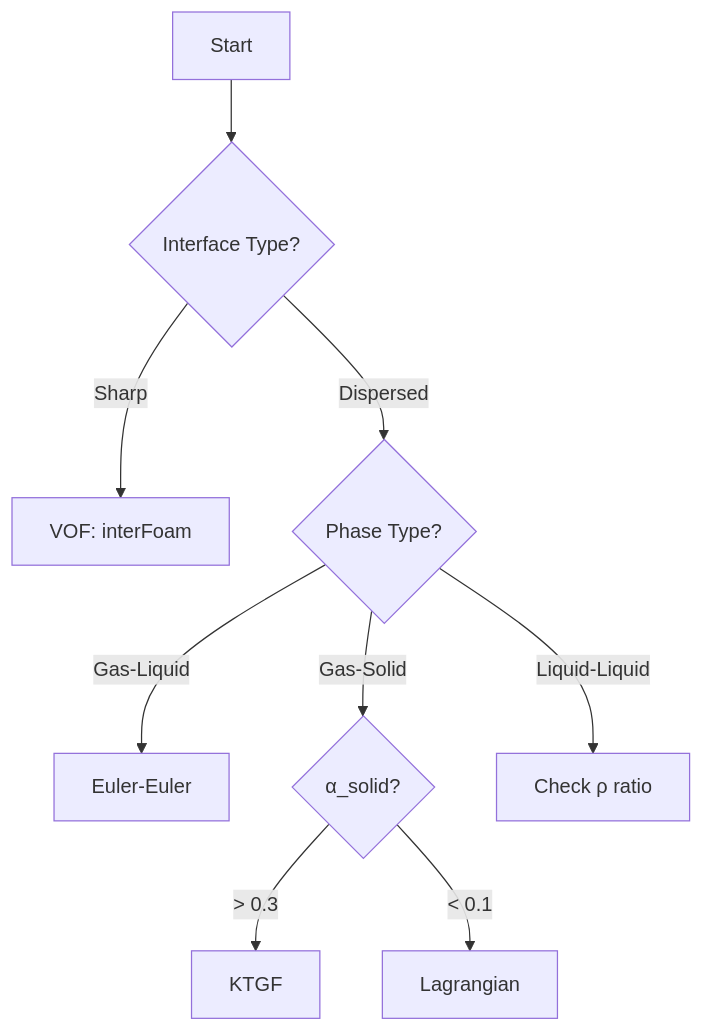
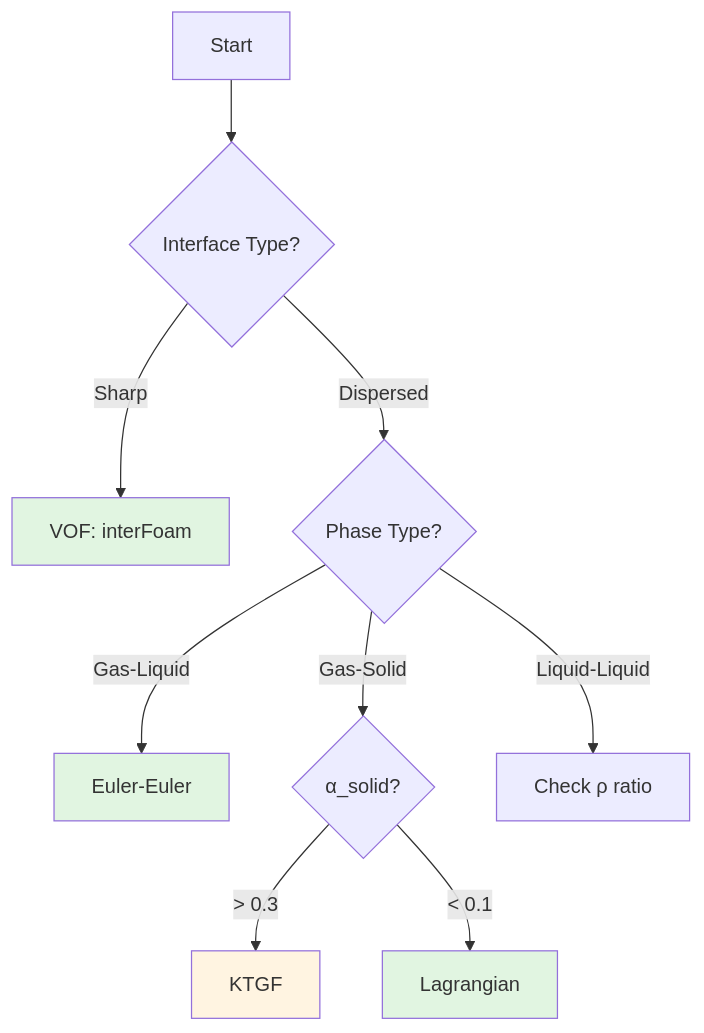
Before and after one commit to wramet/build-my-cfd: the diagram in MODULE_04_MULTIPHASE_FUNDAMENTALS/CONTENT/05_MODEL_SELECTION/00_Overview.md, drawn with Mermaid. The commit also changed other lines of this file and 75 other files, not shown here.

````diff
--- a/MODULE_04_MULTIPHASE_FUNDAMENTALS/CONTENT/05_MODEL_SELECTION/00_Overview.md
+++ b/MODULE_04_MULTIPHASE_FUNDAMENTALS/CONTENT/05_MODEL_SELECTION/00_Overview.md
@@ -18,11 +47,16 @@
 ```mermaid
 flowchart TD
     A[Start] --> B{Interface Type?}
     B -->|Sharp| C[VOF: interFoam]
     B -->|Dispersed| D{Phase Type?}
     D -->|Gas-Liquid| E[Euler-Euler]
     D -->|Gas-Solid| F{α_solid?}
     D -->|Liquid-Liquid| G[Check ρ ratio]
     F -->|> 0.3| H[KTGF]
     F -->|< 0.1| I[Lagrangian]
+    
+    style C fill:#e1f5e1
+    style E fill:#e1f5e1
+    style H fill:#fff4e1
+    style I fill:#e1f5e1
 ```
````
